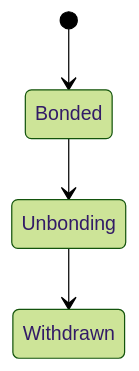
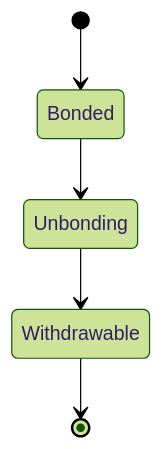
The first of 2 diagrams in v2/pages/06_lptoken/delegation/overview.mdx (its-DeFine/docs), drawn with Mermaid (forest theme) before and after one commit. The commit also changed other lines of this file and 2 other files, not shown here.

````diff
--- a/v2/pages/06_lptoken/delegation/overview.mdx
+++ b/v2/pages/06_lptoken/delegation/overview.mdx
@@ -138,6 +157,7 @@
 ```mermaid
 stateDiagram-v2
     [*] --> Bonded
     Bonded --> Unbonding
-    Unbonding --> Withdrawn
+    Unbonding --> Withdrawable
+    Withdrawable --> [*]
 ```
````
